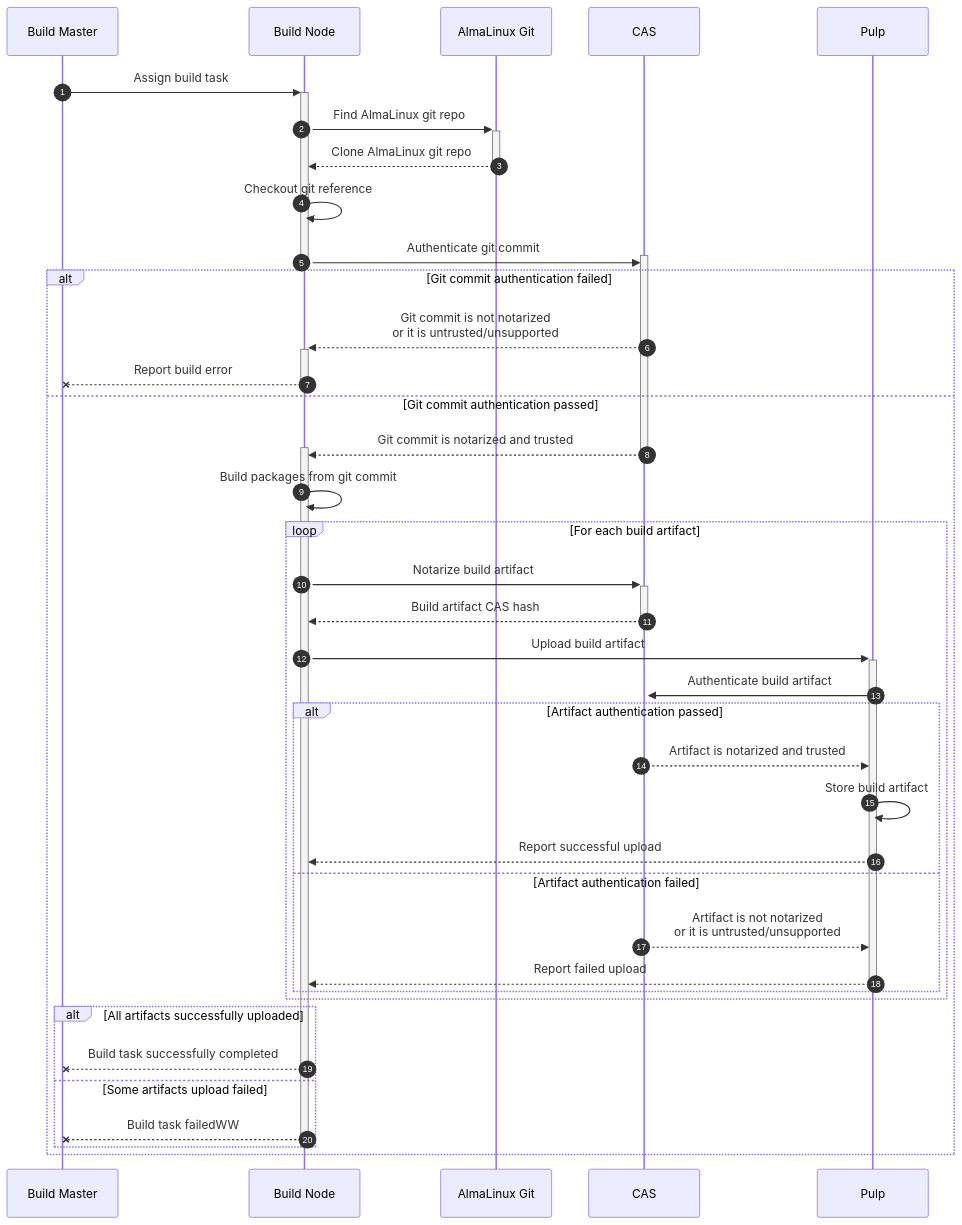
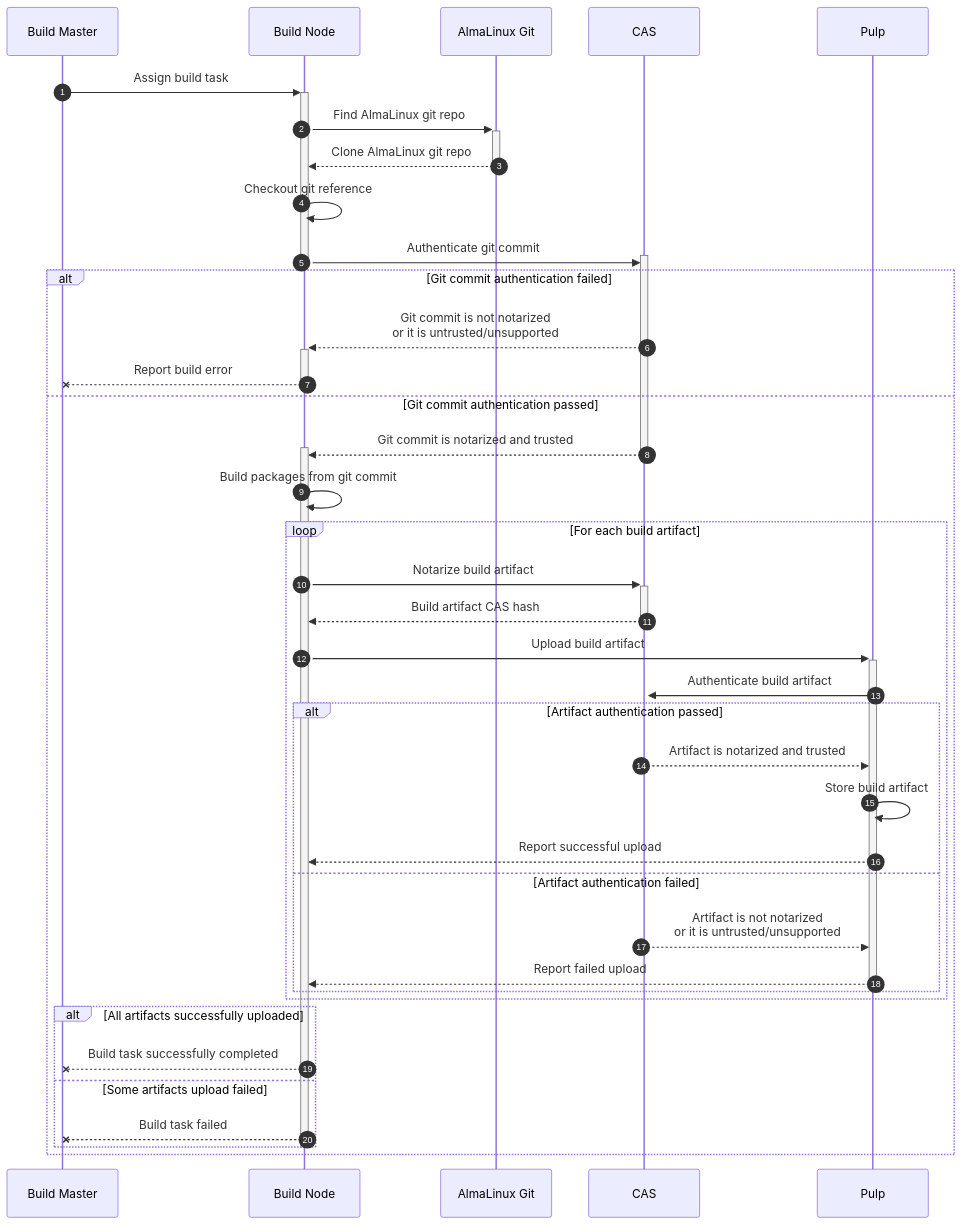
Before and after one commit to AlmaLinux/build-system-rfes: the second of 3 diagrams in SBOM/SBOM.md, drawn with Mermaid. The commit also changed other lines of this file, not shown here.

Commit message:
Adds signed packages notarization diagram

````diff
--- a/SBOM/SBOM.md
+++ b/SBOM/SBOM.md
@@ -47,44 +47,44 @@
 ```mermaid
 sequenceDiagram
     autonumber
     participant Build Master
     participant Build Node
     participant AlmaLinux Git
     participant CAS
     participant Pulp
     Build Master->>+Build Node: Assign build task
     Build Node->>+AlmaLinux Git: Find AlmaLinux git repo
     AlmaLinux Git-->>-Build Node: Clone AlmaLinux git repo
     Build Node->>Build Node: Checkout git reference
     Build Node->>+CAS: Authenticate git commit
     deactivate Build Node
     alt Git commit authentication failed
         CAS-->>+Build Node: Git commit is not notarized<br/>or it is untrusted/unsupported
         Build Node--xBuild Master: Report build error
         deactivate Build Node
     else Git commit authentication passed
         CAS-->>+Build Node: Git commit is notarized and trusted
         deactivate CAS
         Build Node->>Build Node: Build packages from git commit
         loop For each build artifact
             Build Node->>+CAS: Notarize build artifact
             CAS-->>-Build Node: Build artifact CAS hash
             Build Node->>+Pulp: Upload build artifact
             Pulp->>+CAS: Authenticate build artifact
             alt Artifact authentication passed
                 CAS-->>Pulp: Artifact is notarized and trusted
                 Pulp->>Pulp: Store build artifact
                 Pulp-->>Build Node: Report successful upload
             else Artifact authentication failed
                 CAS-->>Pulp: Artifact is not notarized<br/>or it is untrusted/unsupported
                 Pulp-->>-Build Node: Report failed upload
             end
         end
         alt All artifacts successfully uploaded
             Build Node--xBuild Master: Build task successfully completed
         else Some artifacts upload failed
-            Build Node--xBuild Master: Build task failedWW
+            Build Node--xBuild Master: Build task failed
         end
         deactivate Build Node
     end
 ```
````
